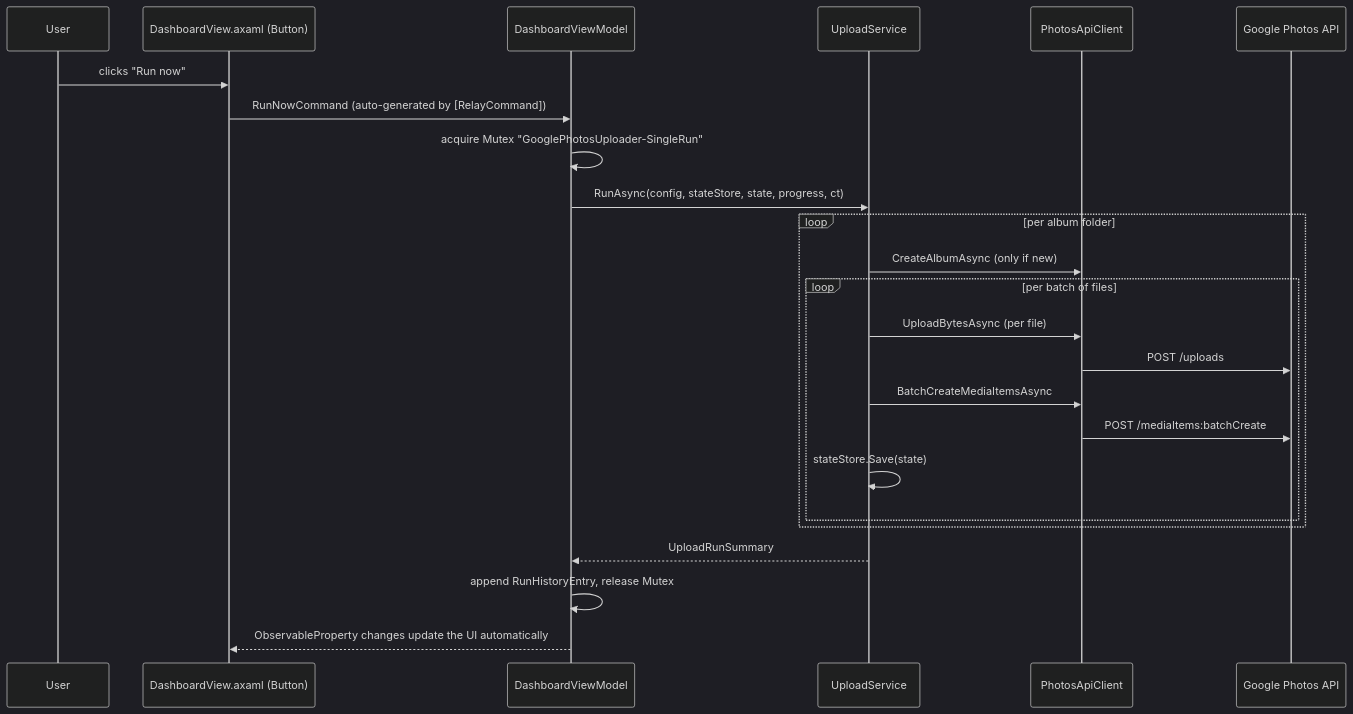
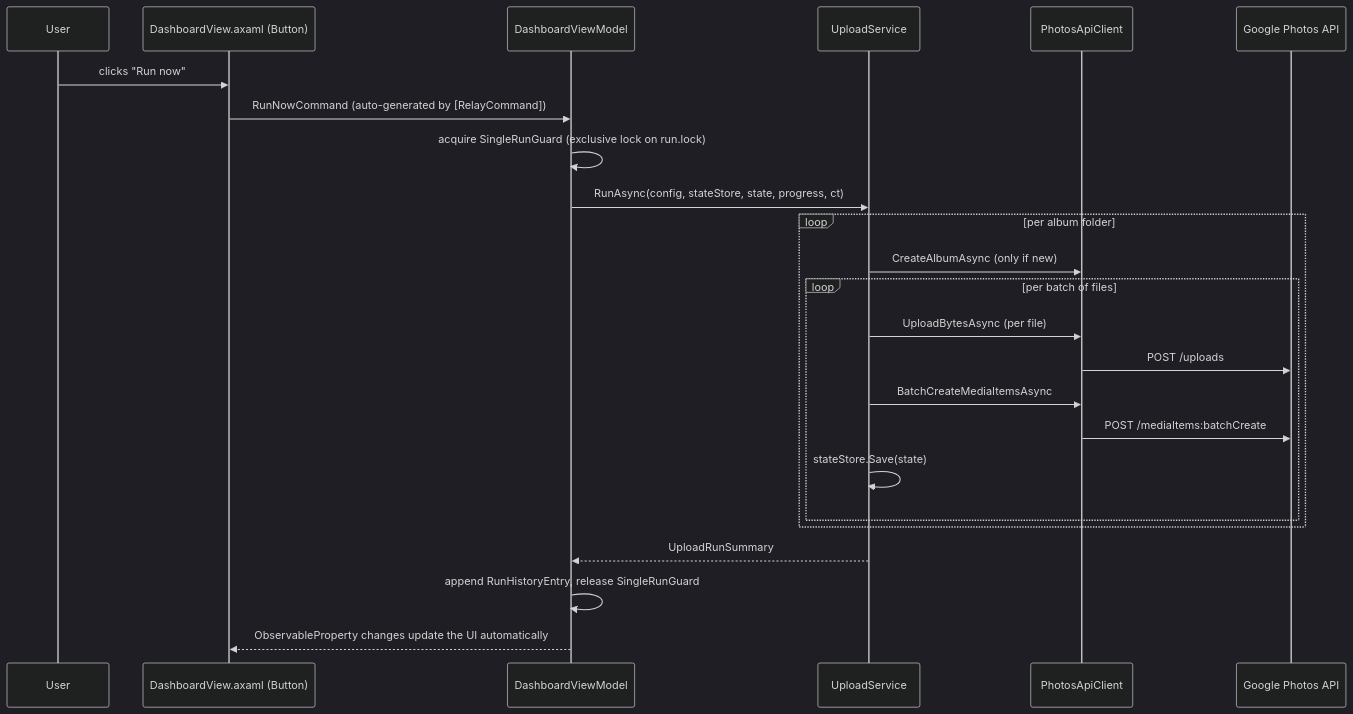
The second of 2 diagrams in ARCHITECTURE.md (jorgediegocrespo/DicresPhotosUploader), drawn with Mermaid (dark theme) before and after one commit. The commit also changed other lines of this file and 3 other files, not shown here.

````diff
--- a/ARCHITECTURE.md
+++ b/ARCHITECTURE.md
@@ -307,27 +307,27 @@
 ```mermaid
 sequenceDiagram
     participant User
     participant DashboardView as DashboardView.axaml (Button)
     participant VM as DashboardViewModel
     participant Upload as UploadService
     participant Api as PhotosApiClient
     participant Google as Google Photos API
 
     User->>DashboardView: clicks "Run now"
     DashboardView->>VM: RunNowCommand (auto-generated by [RelayCommand])
-    VM->>VM: acquire Mutex "GooglePhotosUploader-SingleRun"
+    VM->>VM: acquire SingleRunGuard (exclusive lock on run.lock)
     VM->>Upload: RunAsync(config, stateStore, state, progress, ct)
     loop per album folder
         Upload->>Api: CreateAlbumAsync (only if new)
         loop per batch of files
             Upload->>Api: UploadBytesAsync (per file)
             Api->>Google: POST /uploads
             Upload->>Api: BatchCreateMediaItemsAsync
             Api->>Google: POST /mediaItems:batchCreate
             Upload->>Upload: stateStore.Save(state)
         end
     end
     Upload-->>VM: UploadRunSummary
-    VM->>VM: append RunHistoryEntry, release Mutex
+    VM->>VM: append RunHistoryEntry, release SingleRunGuard
     VM-->>DashboardView: ObservableProperty changes update the UI automatically
 ```
````
